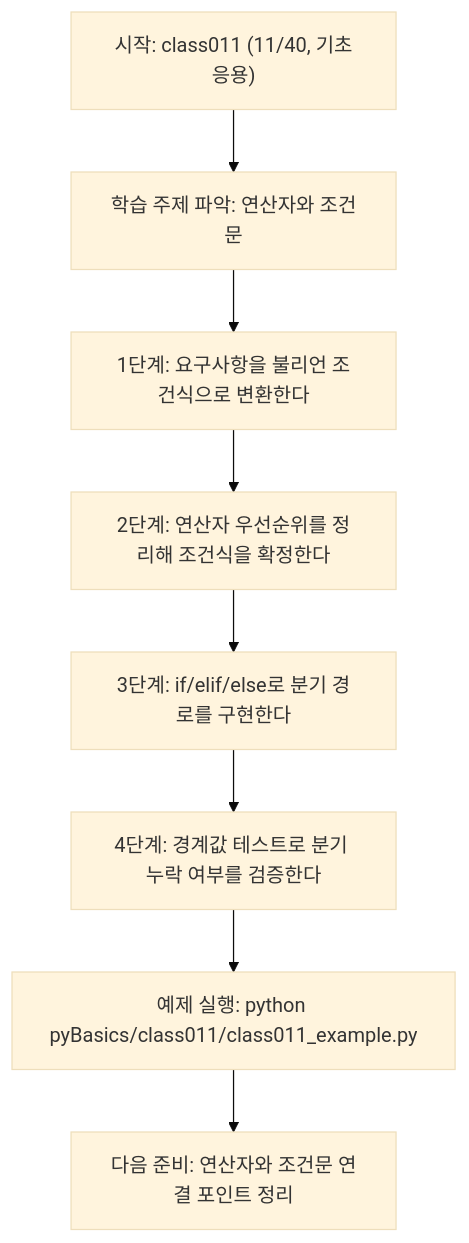
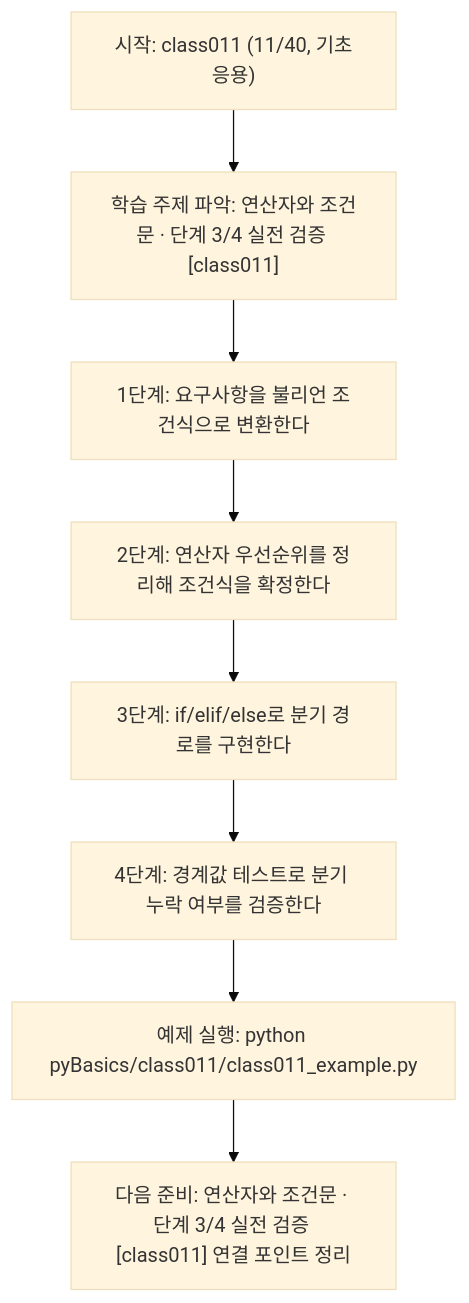
One commit to edumgt/Python-AI_Agent-Class changed the diagram in pyBasics/class011/class011.md. Above: the diagram before and after it, drawn with Mermaid (base theme). The commit also changed other lines of this file and 522 other files, not shown here.

````diff
--- a/pyBasics/class011/class011.md
+++ b/pyBasics/class011/class011.md
@@ -108,18 +109,18 @@
 ```mermaid
 flowchart TD
 N1["시작: class011 (11/40, 기초응용)"]
-N2["학습 주제 파악: 연산자와 조건문"]
+N2["학습 주제 파악: 연산자와 조건문 · 단계 3/4 실전 검증 [class011]"]
 N3["1단계: 요구사항을 불리언 조건식으로 변환한다"]
 N4["2단계: 연산자 우선순위를 정리해 조건식을 확정한다"]
 N5["3단계: if/elif/else로 분기 경로를 구현한다"]
 N6["4단계: 경계값 테스트로 분기 누락 여부를 검증한다"]
 N7["예제 실행: python pyBasics/class011/class011_example.py"]
-N8["다음 준비: 연산자와 조건문 연결 포인트 정리"]
+N8["다음 준비: 연산자와 조건문 · 단계 3/4 실전 검증 [class011] 연결 포인트 정리"]
 N1 --> N2
 N2 --> N3
 N3 --> N4
 N4 --> N5
 N5 --> N6
 N6 --> N7
 N7 --> N8
 ```
````
